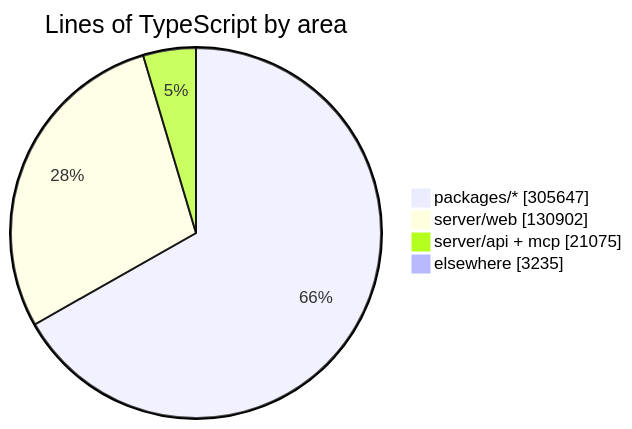
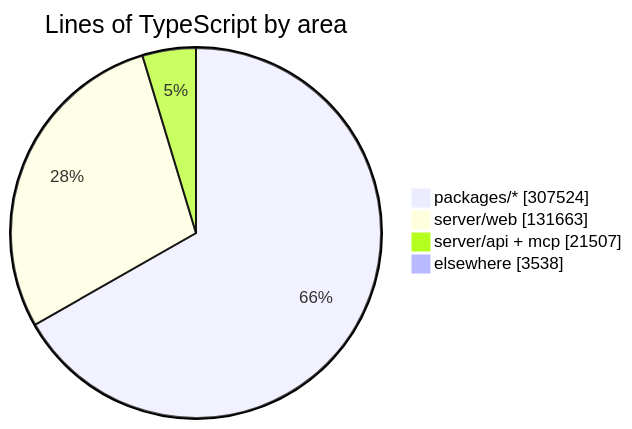
Before and after one commit to crossworks-engineering/mantle: the diagram in README.md, drawn with Mermaid. The commit also changed other lines of this file and 2 other files, not shown here.

````diff
--- a/README.md
+++ b/README.md
@@ -294,7 +294,7 @@
 ```mermaid
 pie showData title Lines of TypeScript by area
-    "packages/*" : 305647
-    "server/web" : 130902
-    "server/api + mcp" : 21075
-    "elsewhere" : 3235
+    "packages/*" : 307524
+    "server/web" : 131663
+    "server/api + mcp" : 21507
+    "elsewhere" : 3538
 ```
````
